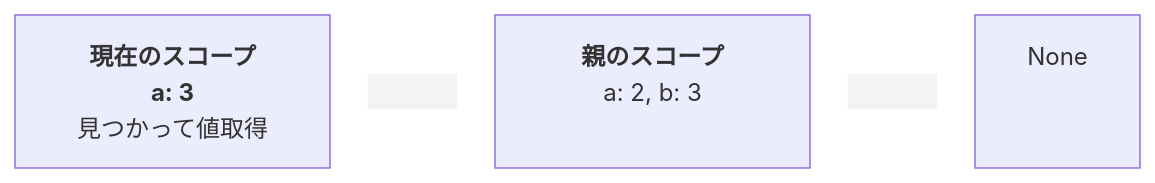
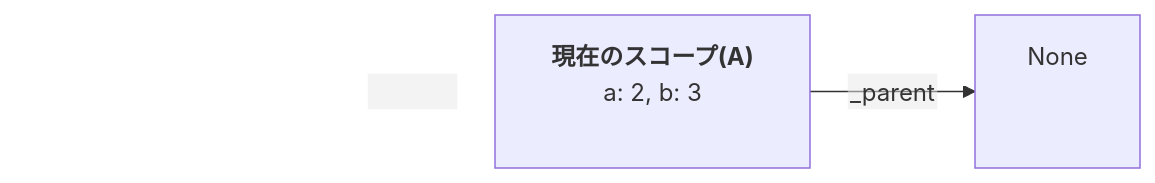
Before and after one commit to koba925/toil: the ninth of 12 diagrams in book/draft.md, drawn with Mermaid. The commit also changed other lines of this file and 11 other files, not shown here.

````diff
--- a/book/draft.md
+++ b/book/draft.md
@@ -2190,11 +2369,11 @@
 ```mermaid
 flowchart LR
-    Env2["<div style='width: 150px;'><b>現在のスコープ</b><br><b>a: 3</b><br>見つかって値取得</div>"]
-    Env1["<div style='width: 150px;'><b>親のスコープ</b><br>a: 2, b: 3<br>&nbsp;</div>"]
+    Env2["<div style='width: 150px;'>&nbsp;<br>&nbsp;<br>&nbsp;</div>"]
+    style Env2 fill:none,stroke:none
+    Env1["<div style='width: 150px;'><b>現在のスコープ(A)</b><br>a: 2, b: 3<br>&nbsp;</div>"]
     Null["<div style='width: 50px;'>None<br>&nbsp;<br>&nbsp;</div>"]
 
-    Env2 -- "<div style='width: 60px;'>&nbsp;</div>" --> Env1
+    Env2 -- "<div style='width: 60px;'>&nbsp;</div>" --- Env1
     linkStyle 0 stroke:none, fill:none;
-    Env1 -- "<div style='width: 60px;'>&nbsp;</div>" --- Null
-    linkStyle 1 stroke:none, fill:none;
+    Env1 -- "<div style='width: 60px;'>_parent</div>" --> Null
 ```
````
